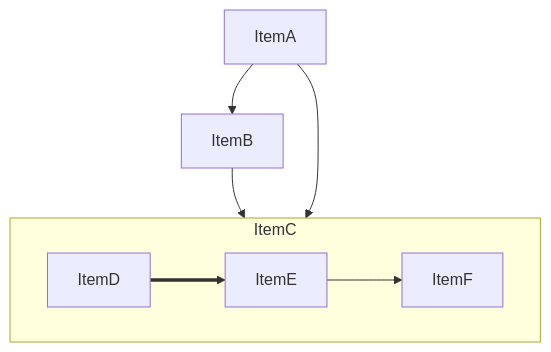
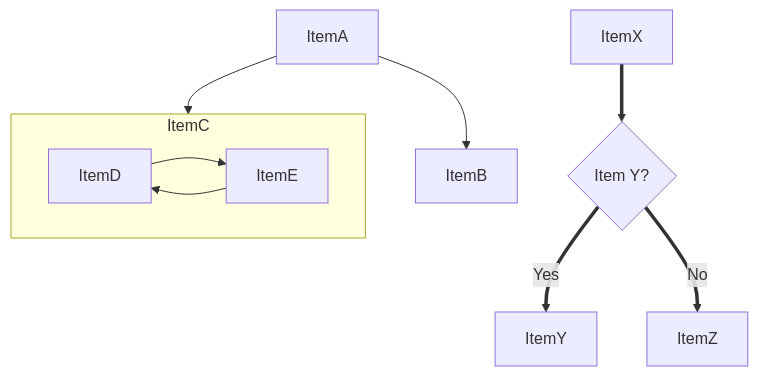
One commit to zluvsand/mermaid changed the third of 18 diagrams in README.md. Above: the diagram before and after it, drawn with Mermaid. The commit also changed other lines of this file, not shown here.

Commit message:
Update flow chart with decision

````diff
--- a/README.md
+++ b/README.md
@@ -25,9 +17,14 @@
 ```mermaid
 graph
-    A[ItemA]-->B[ItemB]-->C[ItemC]
-    A-->C
-subgraph C[ItemC]
-    D[ItemD]==>E
-    E[ItemE]-->F[ItemF]
-end
+    A[ItemA]--> ItemB
+    A--> ItemC
+    subgraph ItemC
+        D[ItemD]-->E[ItemE]
+        E-->D
+    end
+
+    X[ItemX]==>Decision
+    click X "https://mermaid.js.org/"
+    Decision{Item Y?}==>|Yes| Y[ItemY]
+    Decision==>|No| Z[ItemZ]
 ```
````
